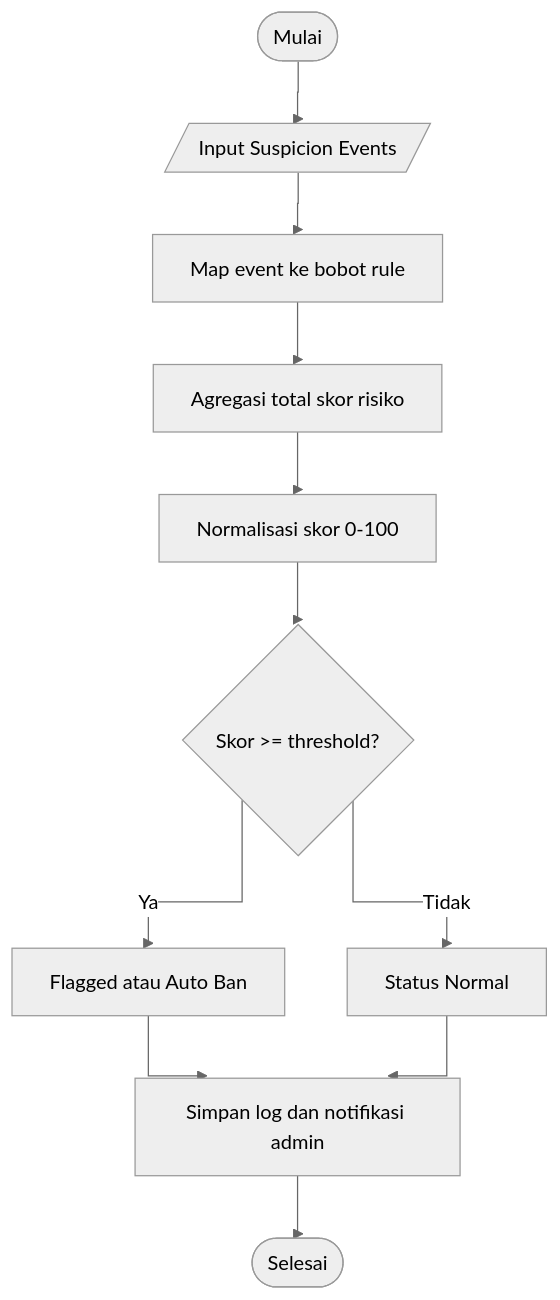
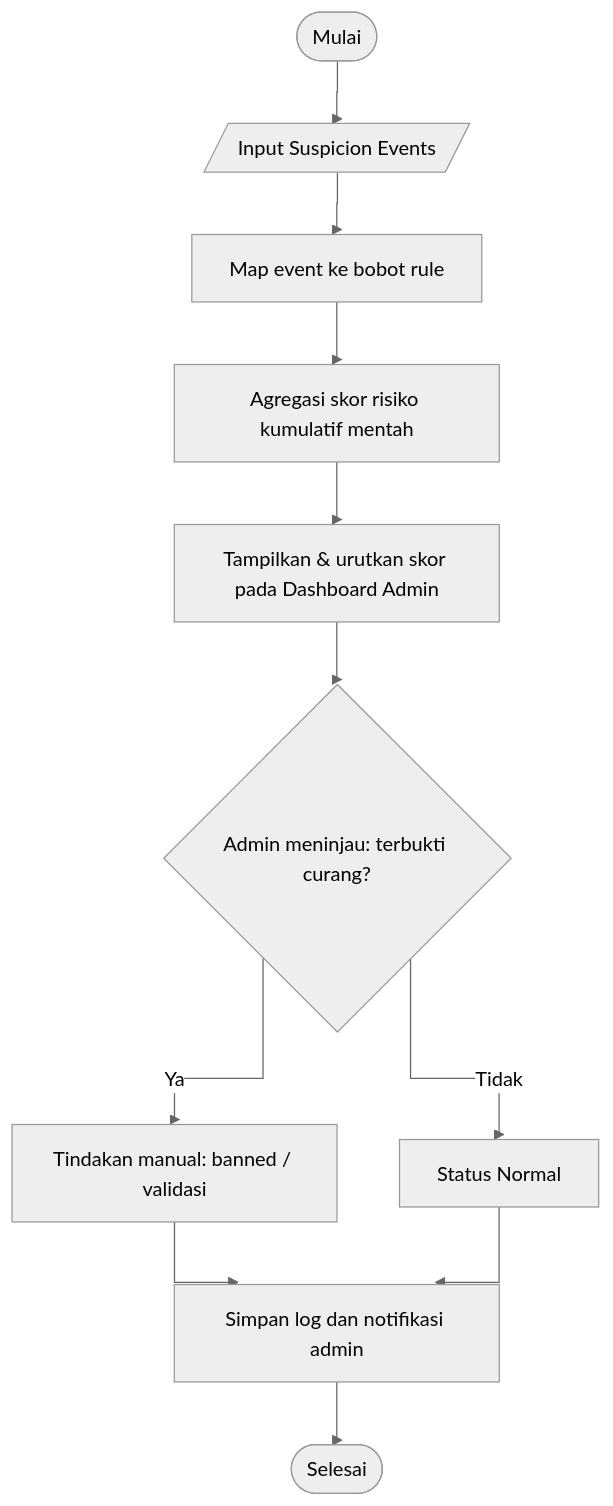
Before and after one commit to dimasma0305/proposal-skripsi: the ninth of 10 diagrams in index.qmd, drawn with Mermaid (neutral theme). The commit also changed other lines of this file and 46 other files, not shown here.

````diff
--- a/index.qmd
+++ b/index.qmd
@@ -666,16 +679,16 @@
 ```{mermaid}
 %%| fig-cap: "Flowchart Weighted Risk Scoring"
 %%| label: fig-flow-wrs
 %%{init: {"flowchart": {"curve": "stepBefore"}}}%%
 flowchart TD
     Start([Mulai]) --> A[/Input Suspicion Events/]
     A --> B[Map event ke bobot rule]
-    B --> C[Agregasi total skor risiko]
-    C --> D[Normalisasi skor 0-100]
-    D --> E{Skor >= threshold?}
-    E -- Ya --> F[Flagged atau Auto Ban]
+    B --> C[Agregasi skor risiko kumulatif mentah]
+    C --> D[Tampilkan & urutkan skor pada Dashboard Admin]
+    D --> E{Admin meninjau: terbukti curang?}
+    E -- Ya --> F[Tindakan manual: banned / validasi]
     E -- Tidak --> G[Status Normal]
     F --> H[Simpan log dan notifikasi admin]
     G --> H
     H --> End([Selesai])
 ```
````
